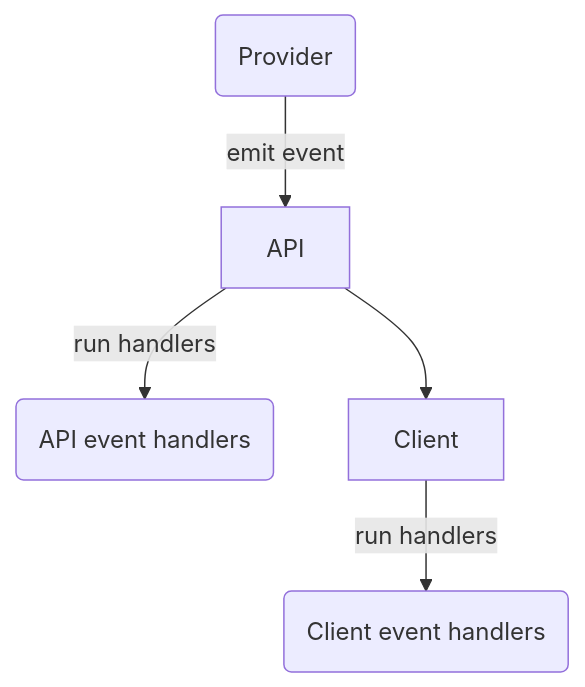
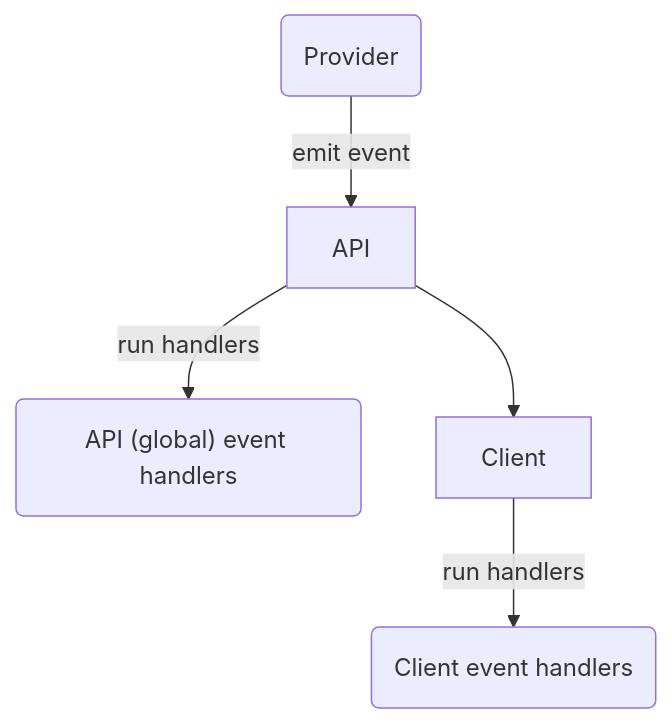
One commit to open-feature/spec changed the diagram in specification/sections/05-events.md. Above: the diagram before and after it, drawn with Mermaid.

Commit message:
fixup: mark API global in diagram

````diff
--- a/specification/sections/05-events.md
+++ b/specification/sections/05-events.md
@@ -17,7 +17,7 @@
 ```mermaid
 graph
     P(Provider) -->|emit event| A[API]
-    A -->|run handlers| AH(API event handlers)
+    A -->|run handlers| AH("API (global) event handlers")
     A --> C[Client]
     C -->|run handlers| CH(Client event handlers)
 ```
````
